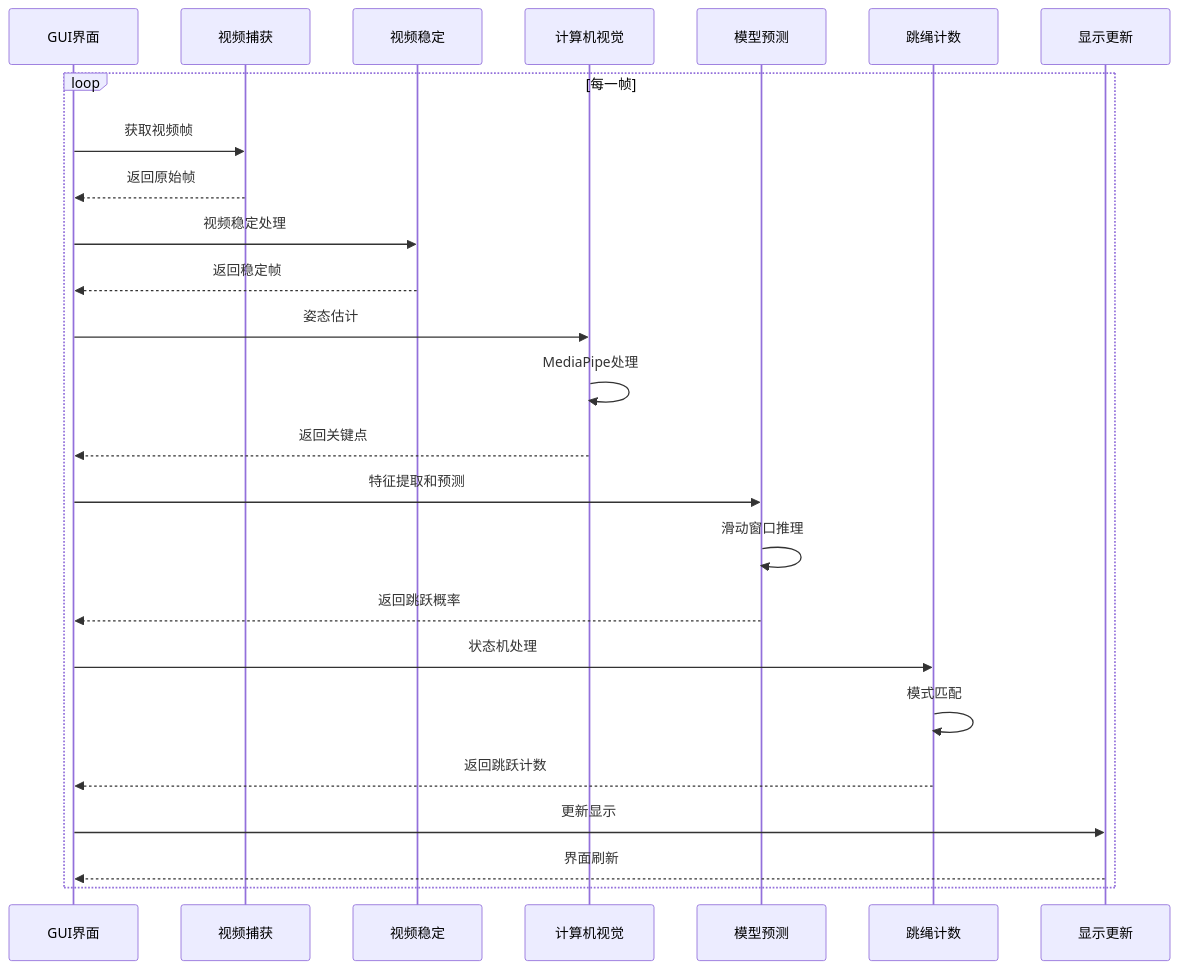
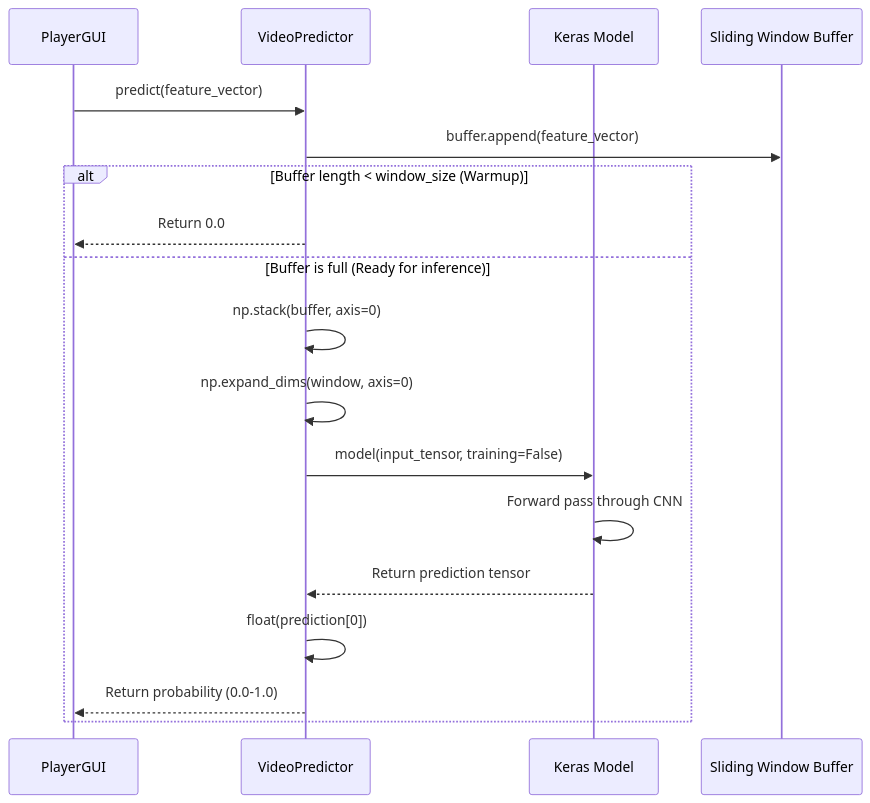
One commit to franciszero/RopeJumpCounter changed the fifth of 9 diagrams in docs/SEQUENCE_DIAGRAM.md. Above: the diagram before and after it, drawn with Mermaid. The commit also changed other lines of this file and 289 other files, not shown here.

````diff
--- a/docs/SEQUENCE_DIAGRAM.md
+++ b/docs/SEQUENCE_DIAGRAM.md
@@ -34,33 +231,25 @@
 ```mermaid
 sequenceDiagram
-    participant GUI as GUI界面
-    participant Capture as 视频捕获
-    participant Stabilizer as 视频稳定
-    participant Vision as 计算机视觉
-    participant Predictor as 模型预测
-    participant Counter as 跳绳计数
-    participant Display as 显示更新
+    participant GUI as PlayerGUI
+    participant Predictor as VideoPredictor
+    participant Model as Keras Model
+    participant Buffer as Sliding Window Buffer
     
-    loop 每一帧
-        GUI->>Capture: 获取视频帧
-        Capture-->>GUI: 返回原始帧
+    GUI->>Predictor: predict(feature_vector)
+    
+    Predictor->>Buffer: buffer.append(feature_vector)
+    
+    alt Buffer length < window_size (Warmup)
+        Predictor-->>GUI: Return 0.0
+    else Buffer is full (Ready for inference)
+        Predictor->>Predictor: np.stack(buffer, axis=0)
+        Predictor->>Predictor: np.expand_dims(window, axis=0)
         
-        GUI->>Stabilizer: 视频稳定处理
-        Stabilizer-->>GUI: 返回稳定帧
+        Predictor->>Model: model(input_tensor, training=False)
+        Model->>Model: Forward pass through CNN
+        Model-->>Predictor: Return prediction tensor
         
-        GUI->>Vision: 姿态估计
-        Vision->>Vision: MediaPipe处理
-        Vision-->>GUI: 返回关键点
-        
-        GUI->>Predictor: 特征提取和预测
-        Predictor->>Predictor: 滑动窗口推理
-        Predictor-->>GUI: 返回跳跃概率
-        
-        GUI->>Counter: 状态机处理
-        Counter->>Counter: 模式匹配
-        Counter-->>GUI: 返回跳跃计数
-        
-        GUI->>Display: 更新显示
-        Display-->>GUI: 界面刷新
+        Predictor->>Predictor: float(prediction[0])
+        Predictor-->>GUI: Return probability (0.0-1.0)
     end
 ```
````
